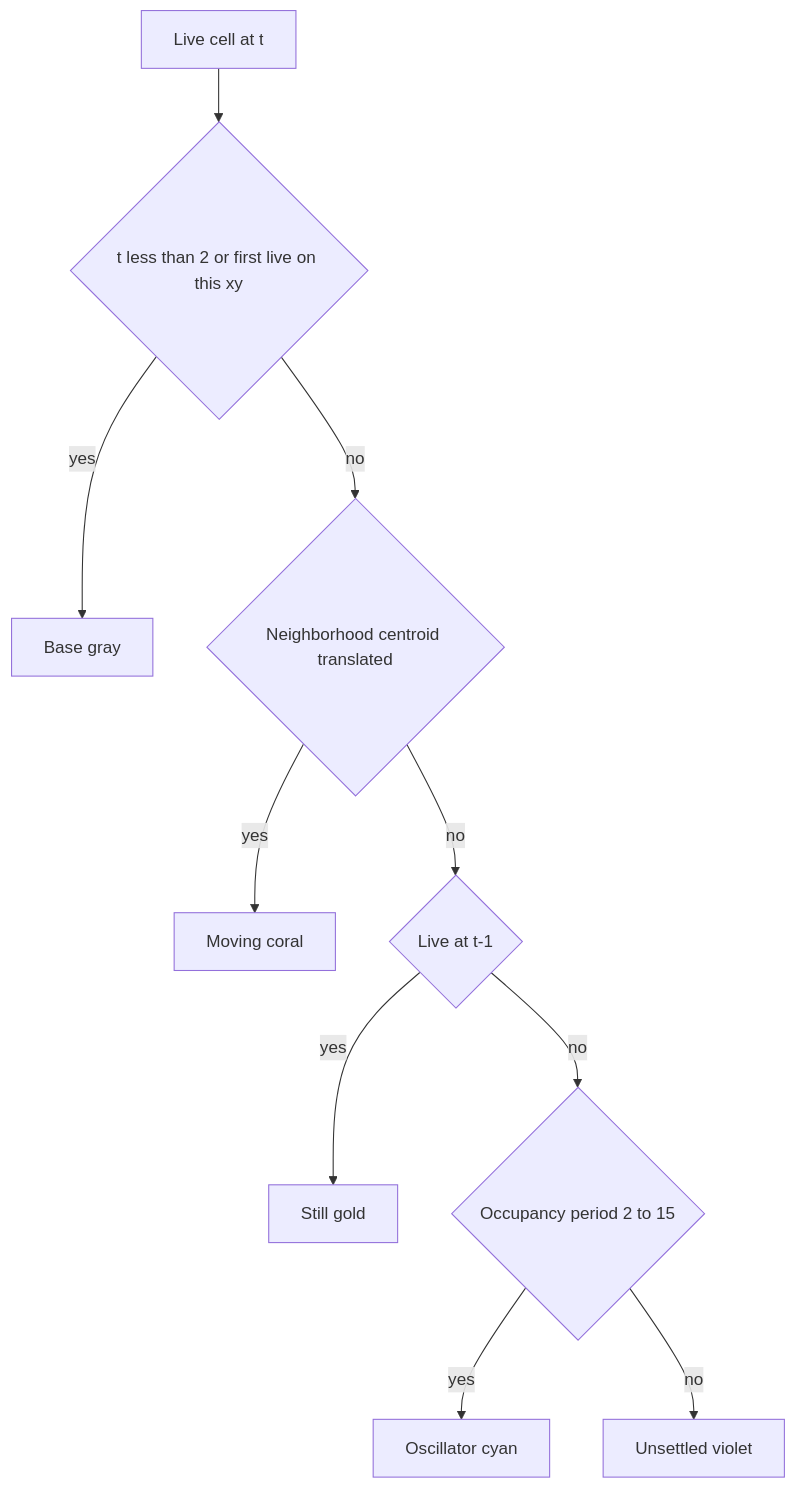
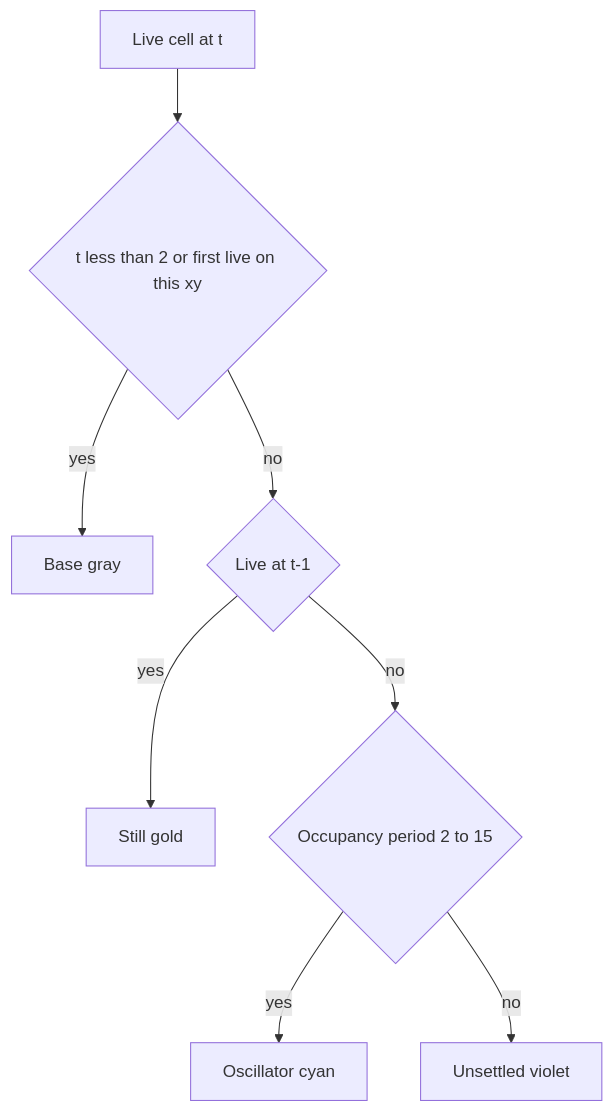
Before and after one commit to PiMaV/DONNER: diagram 12 of 30 in architecture.md, drawn with Mermaid. The commit also changed other lines of this file and 28 other files, not shown here.

````diff
--- a/architecture.md
+++ b/architecture.md
@@ -302,13 +311,11 @@
 ```mermaid
 flowchart TD
   live[Live cell at t]
   live --> wu{t less than 2 or first live on this xy}
   wu -->|yes| base[Base gray]
-  wu -->|no| mot{Neighborhood centroid translated}
-  mot -->|yes| moving[Moving coral]
-  mot -->|no| prev{Live at t-1}
+  wu -->|no| prev{Live at t-1}
   prev -->|yes| still[Still gold]
   prev -->|no| per{Occupancy period 2 to 15}
   per -->|yes| osc[Oscillator cyan]
   per -->|no| unset[Unsettled violet]
 ```
````
